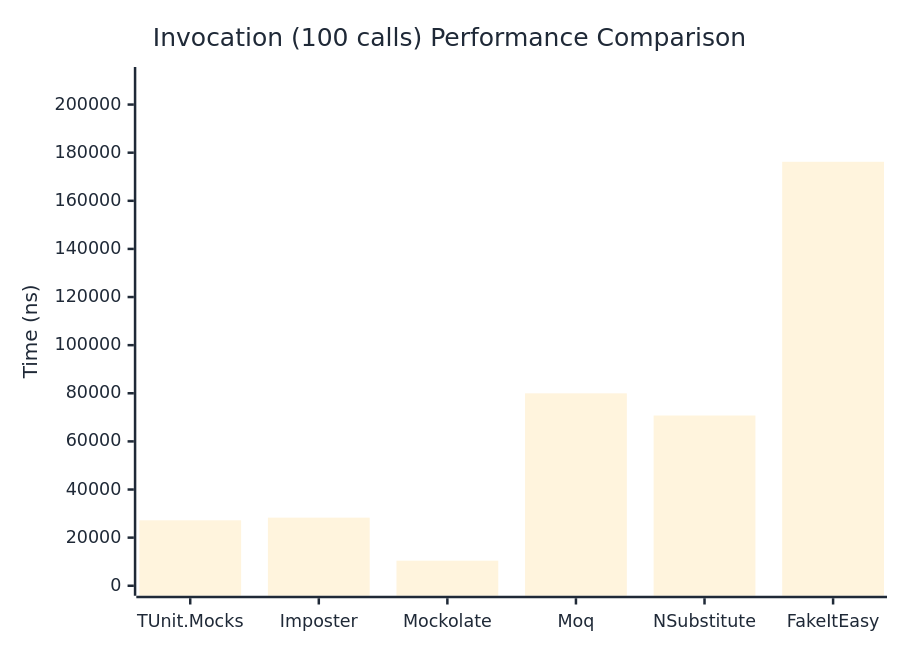
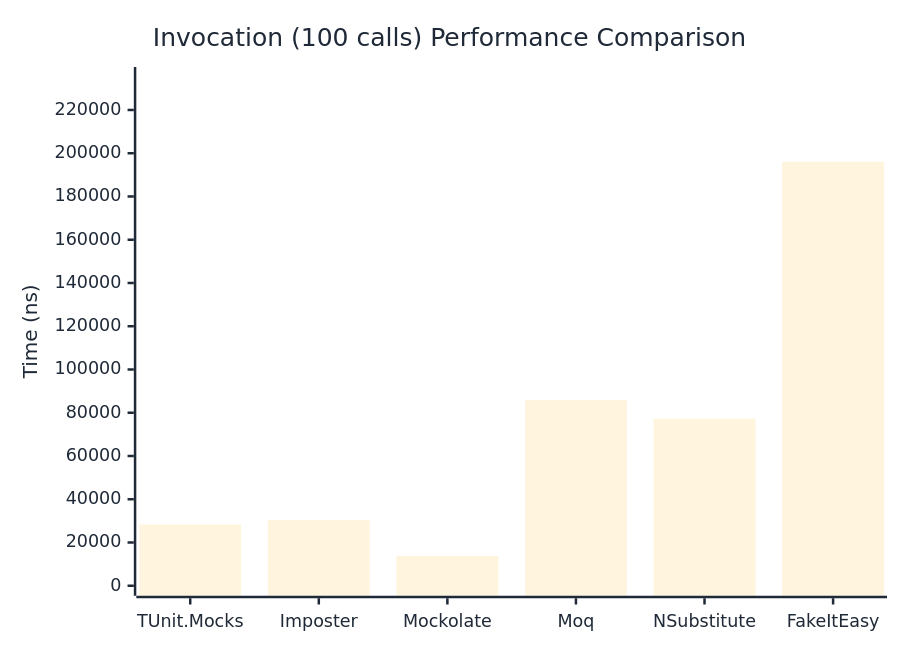
One commit to thomhurst/TUnit changed the third of 3 diagrams in docs/docs/benchmarks/mocks/Invocation.md. Above: the diagram before and after it, drawn with Mermaid. The commit also changed other lines of this file and 14 other files, not shown here.

````diff
--- a/docs/docs/benchmarks/mocks/Invocation.md
+++ b/docs/docs/benchmarks/mocks/Invocation.md
@@ -112,27 +112,27 @@
 ```mermaid
 %%{init: {
   'theme':'base',
   'themeVariables': {
     'primaryColor': '#2563eb',
     'primaryTextColor': '#1f2937',
     'primaryBorderColor': '#1e40af',
     'lineColor': '#6b7280',
     'secondaryColor': '#7c3aed',
     'tertiaryColor': '#dc2626',
     'background': '#ffffff',
     'pie1': '#2563eb',
     'pie2': '#7c3aed',
     'pie3': '#dc2626',
     'pie4': '#f59e0b',
     'pie5': '#10b981',
     'pie6': '#06b6d4',
     'pie7': '#ec4899',
     'pie8': '#6366f1'
   }
 }}%%
 xychart-beta
   title "Invocation (100 calls) Performance Comparison"
   x-axis ["TUnit.Mocks", "Imposter", "Mockolate", "Moq", "NSubstitute", "FakeItEasy"]
-  y-axis "Time (ns)" 0 --> 211457
-  bar [27198.61, 28305.03, 10420.54, 79977.98, 70758.59, 176213.89]
+  y-axis "Time (ns)" 0 --> 235246
+  bar [28303, 30449.7, 13836.3, 85952, 77211.5, 196037.8]
 ```
````
